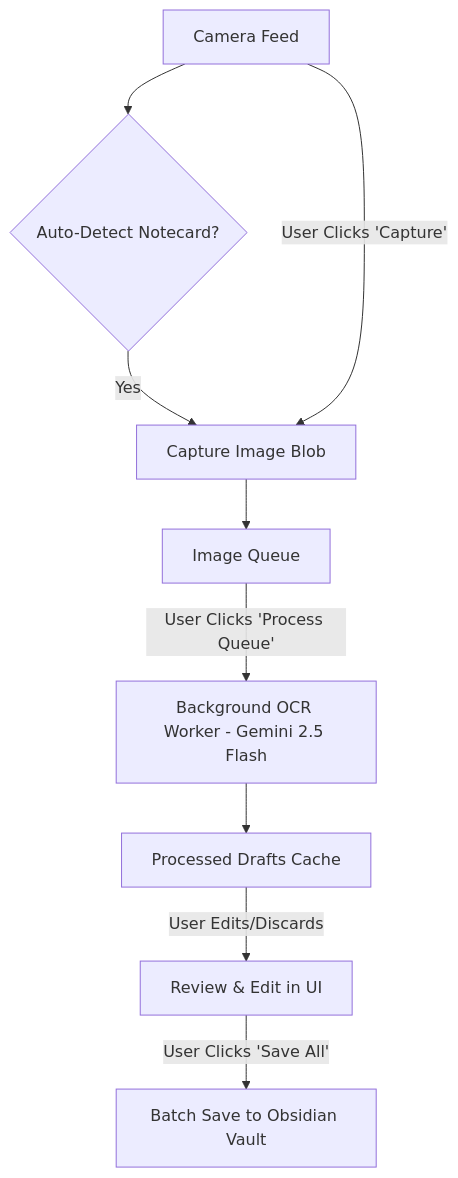
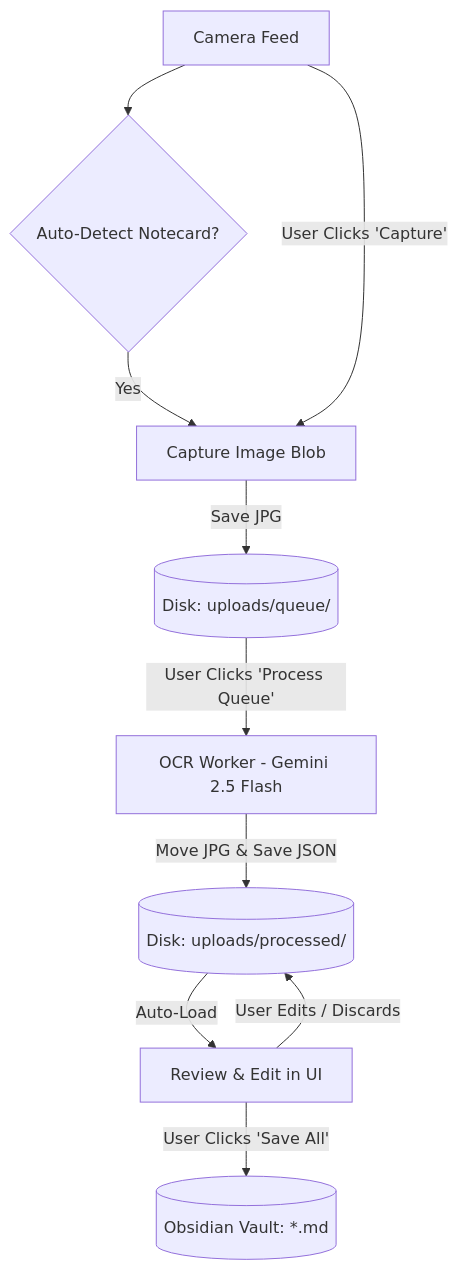
The diagram in README.md (trevtrich/slipbox-ocr), drawn with Mermaid before and after one commit.

Commit message:
docs: visualize disk stores in mermaid diagram

````diff
--- a/README.md
+++ b/README.md
@@ -29,11 +29,17 @@
 ```mermaid
 graph TD
     A[Camera Feed] --> B{Auto-Detect Notecard?}
     B -- Yes --> C[Capture Image Blob]
     A -- User Clicks 'Capture' --> C
-    C --> D[Image Queue]
-    D -- User Clicks 'Process Queue' --> E[Background OCR Worker - Gemini 2.5 Flash]
-    E --> F[Processed Drafts Cache]
-    F -- User Edits/Discards --> G[Review & Edit in UI]
-    G -- User Clicks 'Save All' --> H[Batch Save to Obsidian Vault]
+    
+    C -- Save JPG --> D[(Disk: uploads/queue/)]
+    
+    D -- User Clicks 'Process Queue' --> E[OCR Worker - Gemini 2.5 Flash]
+    
+    E -- Move JPG & Save JSON --> F[(Disk: uploads/processed/)]
+    
+    F -- Auto-Load --> G[Review & Edit in UI]
+    G -- User Edits / Discards --> F
+    
+    G -- User Clicks 'Save All' --> H[(Obsidian Vault: *.md)]
 ```
````
